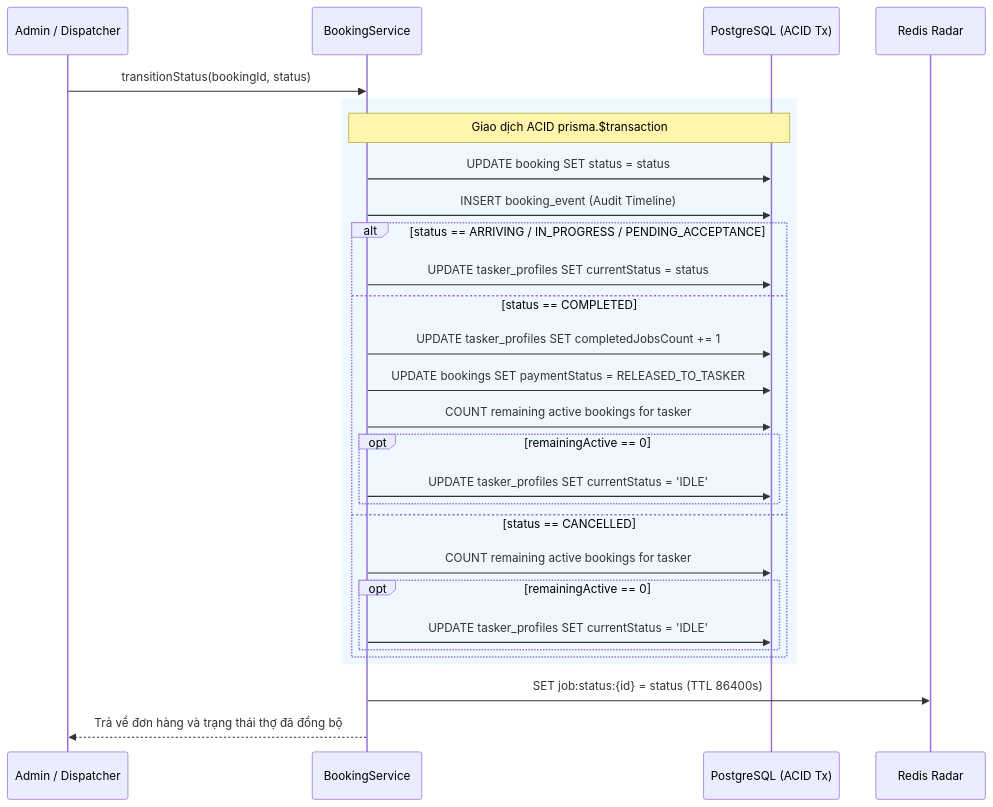
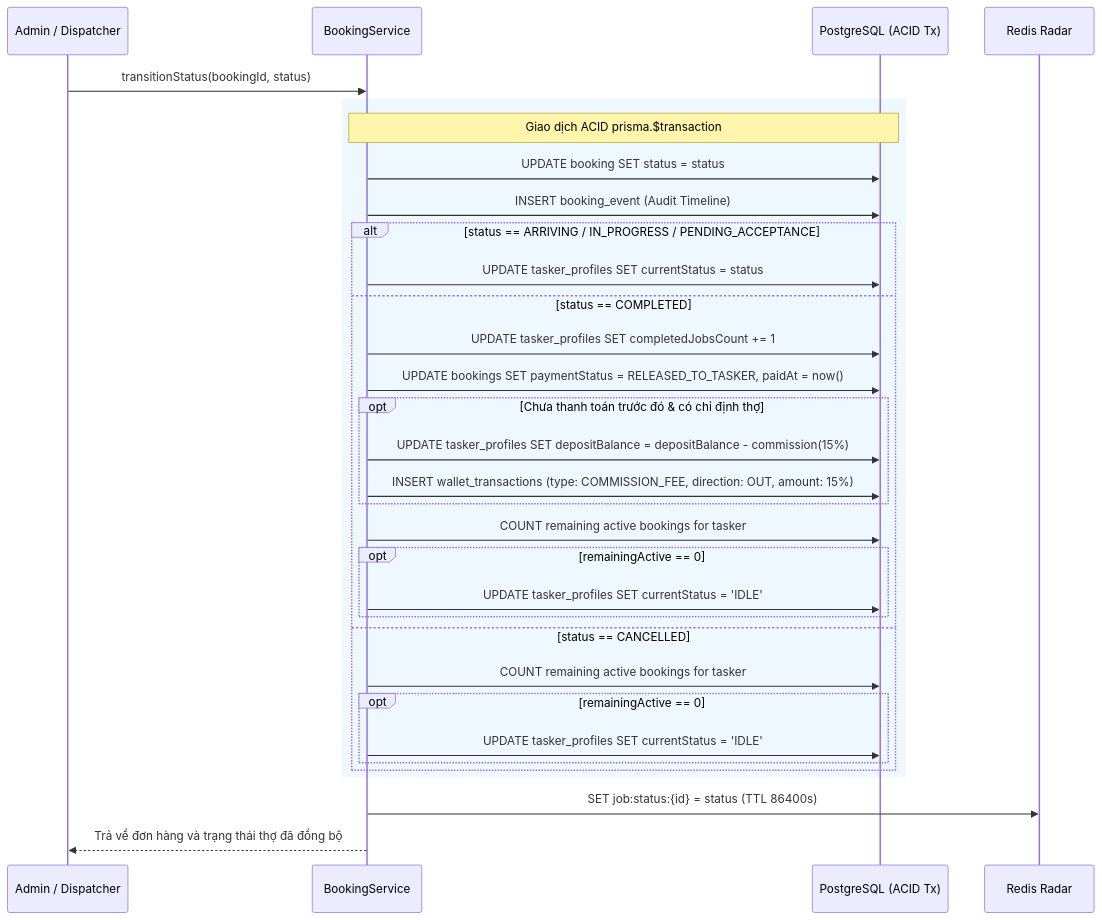
One commit to nhatlinhdev201/linkk-work changed the second of 2 diagrams in docs/superpowers/specs/2026-10-06-hrm-tasker-management-design.md. Above: the diagram before and after it, drawn with Mermaid. The commit also changed 21 other files, not shown here.

Commit message:
feat(payment): implement cash payment workflow, commission ledger and disable unsupported gateways

````diff
--- a/docs/superpowers/specs/2026-10-06-hrm-tasker-management-design.md
+++ b/docs/superpowers/specs/2026-10-06-hrm-tasker-management-design.md
@@ -297,31 +297,35 @@
 ```mermaid
 sequenceDiagram
     participant Admin as Admin / Dispatcher
     participant API as BookingService
     participant DB as PostgreSQL (ACID Tx)
     participant Redis as Redis Radar
 
     Admin->>API: transitionStatus(bookingId, status)
     rect rgb(240, 248, 255)
         Note over API,DB: Giao dịch ACID prisma.$transaction
         API->>DB: UPDATE booking SET status = status
         API->>DB: INSERT booking_event (Audit Timeline)
         alt status == ARRIVING / IN_PROGRESS / PENDING_ACCEPTANCE
             API->>DB: UPDATE tasker_profiles SET currentStatus = status
         else status == COMPLETED
             API->>DB: UPDATE tasker_profiles SET completedJobsCount += 1
-            API->>DB: UPDATE bookings SET paymentStatus = RELEASED_TO_TASKER
+            API->>DB: UPDATE bookings SET paymentStatus = RELEASED_TO_TASKER, paidAt = now()
+            opt Chưa thanh toán trước đó & có chỉ định thợ
+                API->>DB: UPDATE tasker_profiles SET depositBalance = depositBalance - commission(15%)
+                API->>DB: INSERT wallet_transactions (type: COMMISSION_FEE, direction: OUT, amount: 15%)
+            end
             API->>DB: COUNT remaining active bookings for tasker
             opt remainingActive == 0
                 API->>DB: UPDATE tasker_profiles SET currentStatus = 'IDLE'
             end
         else status == CANCELLED
             API->>DB: COUNT remaining active bookings for tasker
             opt remainingActive == 0
                 API->>DB: UPDATE tasker_profiles SET currentStatus = 'IDLE'
             end
         end
     end
     API->>Redis: SET job:status:{id} = status (TTL 86400s)
     API-->>Admin: Trả về đơn hàng và trạng thái thợ đã đồng bộ
 ```
````
